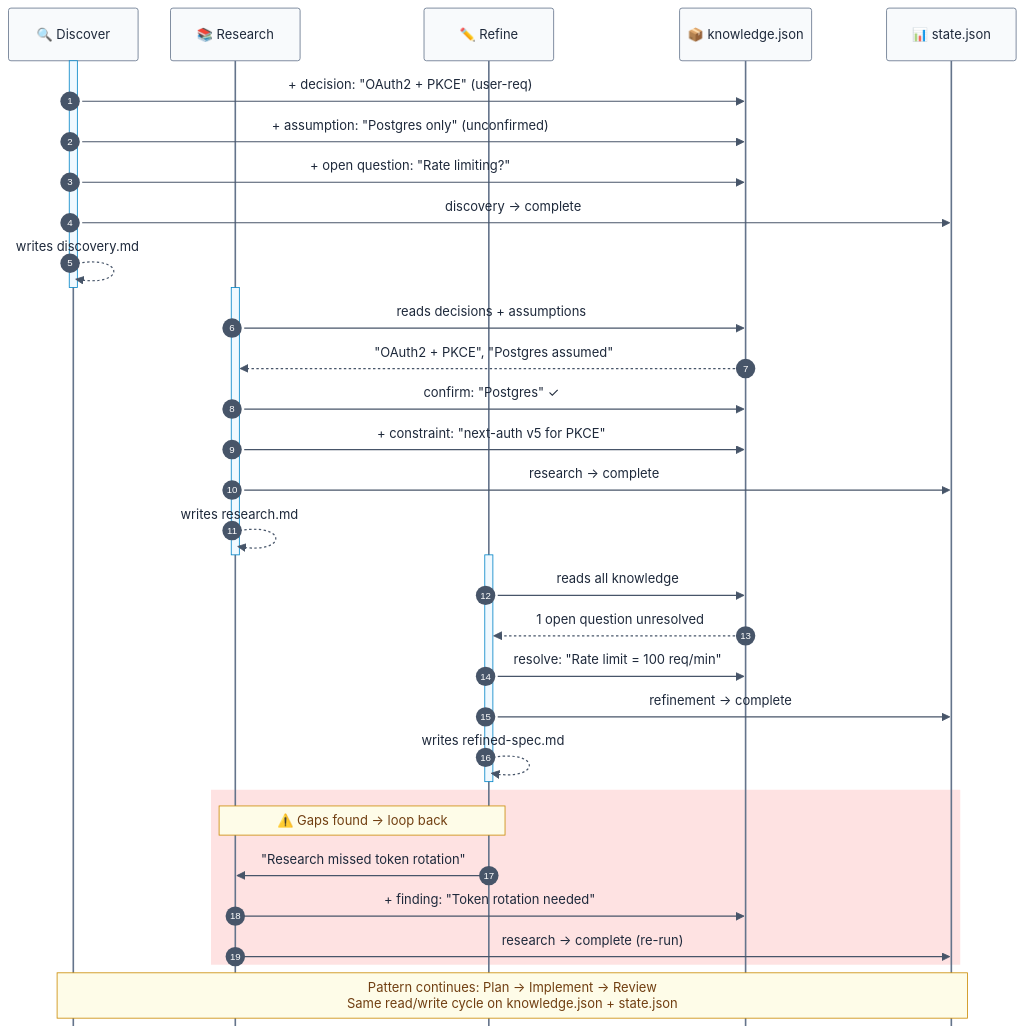
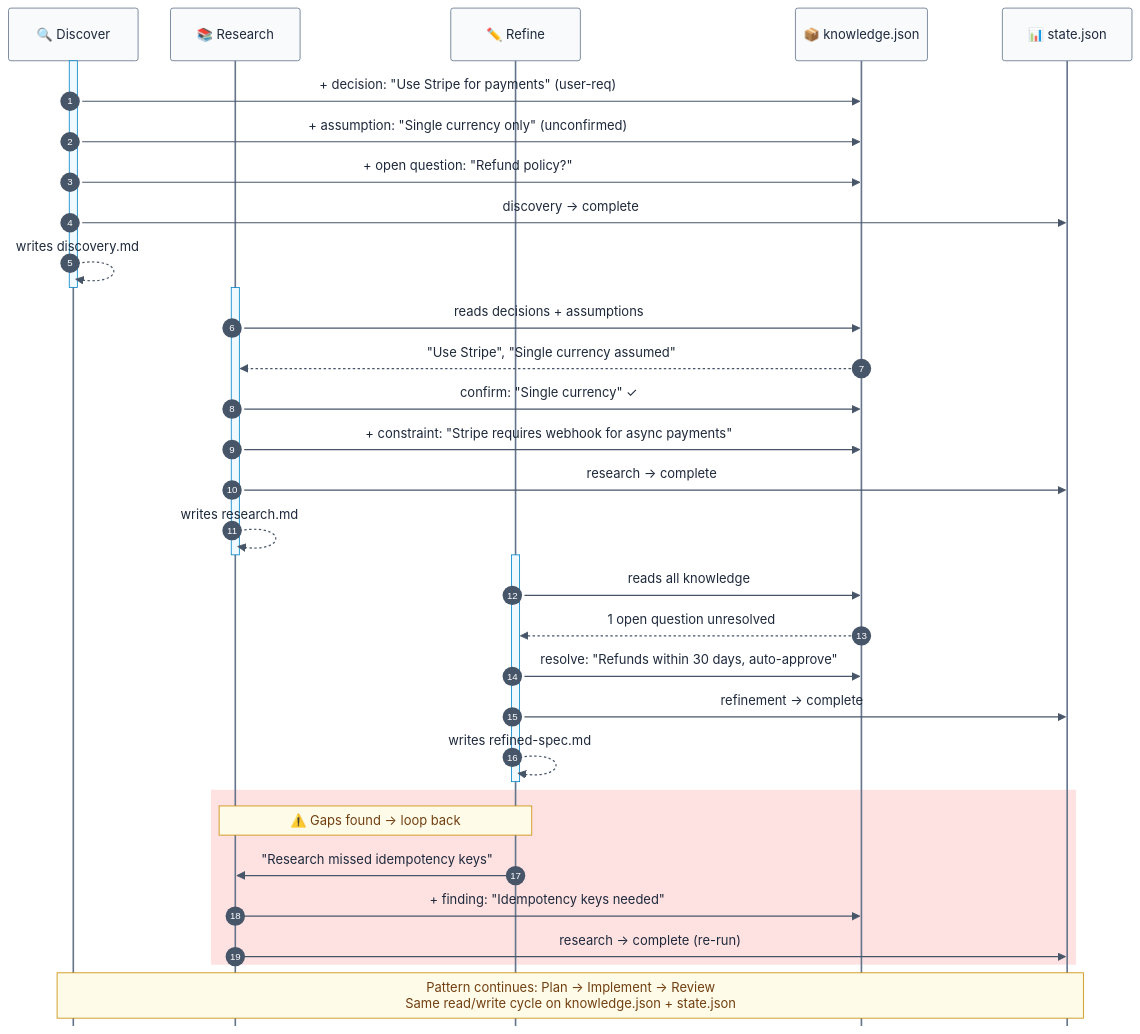
One commit to compassanalytics/claude-workshop changed the diagram in app/assets/artifact-flow.mmd. Above: the diagram before and after it, drawn with Mermaid. The commit also changed 4 other files, not shown here.

```diff
--- a/app/assets/artifact-flow.mmd
+++ b/app/assets/artifact-flow.mmd
@@ -1,66 +1,66 @@
 ---
 config:
   theme: base
   themeVariables:
     fontSize: 13px
     actorBkg: "#f8fafc"
     actorBorder: "#64748b"
     actorTextColor: "#1e293b"
     signalColor: "#475569"
     signalTextColor: "#1e293b"
     noteBkgColor: "#fefce8"
     noteBorderColor: "#ca8a04"
     noteTextColor: "#713f12"
     activationBkgColor: "#f0f9ff"
     activationBorderColor: "#0284c7"
     sequenceNumberColor: "#ffffff"
   sequence:
     mirrorActors: false
     messageMargin: 30
     actorMargin: 40
     noteMargin: 8
     useMaxWidth: false
     width: 160
 ---
 sequenceDiagram
     autonumber
 
     participant D as 🔍 Discover
     participant R as 📚 Research
     participant RF as ✏️ Refine
     participant K as 📦 knowledge.json
     participant S as 📊 state.json
 
     activate D
-    D->>K: + decision: "OAuth2 + PKCE" (user-req)
-    D->>K: + assumption: "Postgres only" (unconfirmed)
-    D->>K: + open question: "Rate limiting?"
+    D->>K: + decision: "Use Stripe for payments" (user-req)
+    D->>K: + assumption: "Single currency only" (unconfirmed)
+    D->>K: + open question: "Refund policy?"
     D->>S: discovery → complete
     D-->>D: writes discovery.md
     deactivate D
 
     activate R
     R->>K: reads decisions + assumptions
-    K-->>R: "OAuth2 + PKCE", "Postgres assumed"
-    R->>K: confirm: "Postgres" ✓
-    R->>K: + constraint: "next-auth v5 for PKCE"
+    K-->>R: "Use Stripe", "Single currency assumed"
+    R->>K: confirm: "Single currency" ✓
+    R->>K: + constraint: "Stripe requires webhook for async payments"
     R->>S: research → complete
     R-->>R: writes research.md
     deactivate R
 
     activate RF
     RF->>K: reads all knowledge
     K-->>RF: 1 open question unresolved
-    RF->>K: resolve: "Rate limit = 100 req/min"
+    RF->>K: resolve: "Refunds within 30 days, auto-approve"
     RF->>S: refinement → complete
     RF-->>RF: writes refined-spec.md
     deactivate RF
 
     rect rgb(254, 226, 226)
         Note over RF,R: ⚠️ Gaps found → loop back
-        RF->>R: "Research missed token rotation"
-        R->>K: + finding: "Token rotation needed"
+        RF->>R: "Research missed idempotency keys"
+        R->>K: + finding: "Idempotency keys needed"
         R->>S: research → complete (re-run)
     end
 
     Note over D,S: Pattern continues: Plan → Implement → Review<br/>Same read/write cycle on knowledge.json + state.json
```
